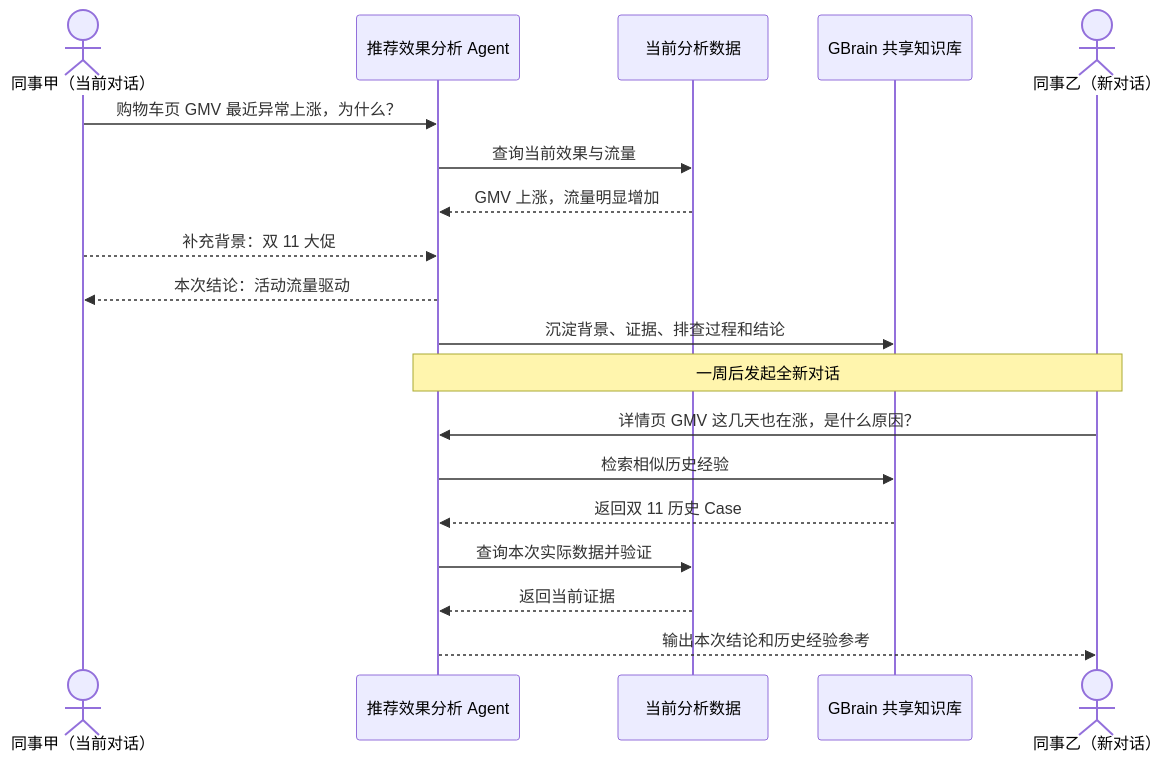
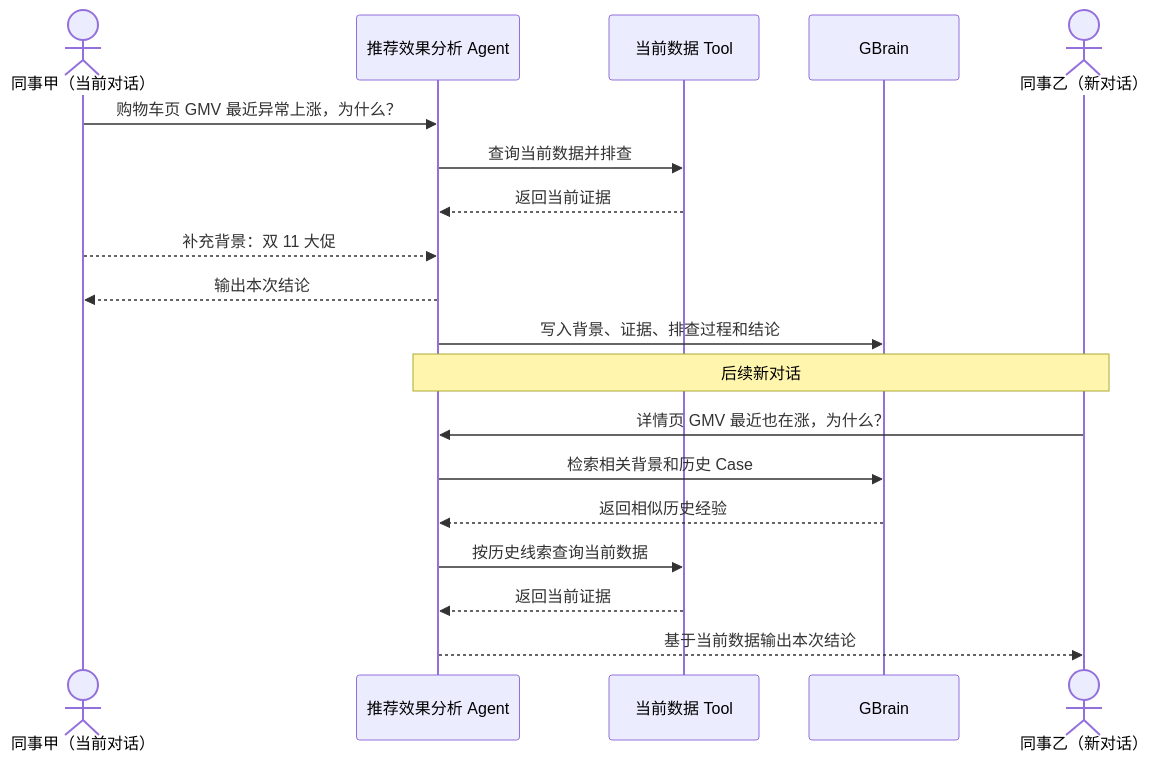
One commit to sgfd-ui/internship changed the second of 2 diagrams in weekly-report/gbrain-dify-shared-knowledge.md. Above: the diagram before and after it, drawn with Mermaid. The commit also changed other lines of this file, not shown here.

Commit message:
simplify GBrain shared knowledge方案 and qualitative selection

````diff
--- a/weekly-report/gbrain-dify-shared-knowledge.md
+++ b/weekly-report/gbrain-dify-shared-knowledge.md
@@ -16,24 +154,24 @@
 ```mermaid
 sequenceDiagram
     actor A as 同事甲（当前对话）
     participant Agent as 推荐效果分析 Agent
-    participant Data as 当前分析数据
-    participant Brain as GBrain 共享知识库
+    participant Data as 当前数据 Tool
+    participant Brain as GBrain
     actor B as 同事乙（新对话）
 
     A->>Agent: 购物车页 GMV 最近异常上涨，为什么？
-    Agent->>Data: 查询当前效果与流量
-    Data-->>Agent: GMV 上涨，流量明显增加
+    Agent->>Data: 查询当前数据并排查
+    Data-->>Agent: 返回当前证据
     A-->>Agent: 补充背景：双 11 大促
-    Agent-->>A: 本次结论：活动流量驱动
-    Agent->>Brain: 沉淀背景、证据、排查过程和结论
+    Agent-->>A: 输出本次结论
+    Agent->>Brain: 写入背景、证据、排查过程和结论
 
-    Note over B,Agent: 一周后发起全新对话
+    Note over B,Agent: 后续新对话
 
-    B->>Agent: 详情页 GMV 这几天也在涨，是什么原因？
-    Agent->>Brain: 检索相似历史经验
-    Brain-->>Agent: 返回双 11 历史 Case
-    Agent->>Data: 查询本次实际数据并验证
+    B->>Agent: 详情页 GMV 最近也在涨，为什么？
+    Agent->>Brain: 检索相关背景和历史 Case
+    Brain-->>Agent: 返回相似历史经验
+    Agent->>Data: 按历史线索查询当前数据
     Data-->>Agent: 返回当前证据
-    Agent-->>B: 输出本次结论和历史经验参考
+    Agent-->>B: 基于当前数据输出本次结论
 ```
````
